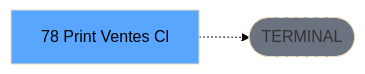
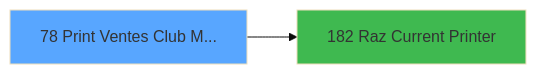
One commit to thonyAGP/magic-migration changed the third of 3 diagrams in .openspec/specs/ADH-IDE-78.md. Above: the diagram before and after it, drawn with Mermaid (base theme). The commit also changed other lines of this file and 253 other files, not shown here.

````diff
--- a/.openspec/specs/ADH-IDE-78.md
+++ b/.openspec/specs/ADH-IDE-78.md
@@ -137,8 +478,8 @@
 ```mermaid
 graph LR
-    T[78 Print Ventes Cl]
-    TERM([TERMINAL])
-    T -.-> TERM
-    style TERM fill:#6b7280,stroke-dasharray: 5 5
-    style T fill:#58a6ff,color:#000
+    T78[78 Print Ventes Club M...]
+    style T78 fill:#58a6ff
+    C182[182 Raz Current Printer]
+    T78 --> C182
+    style C182 fill:#3fb950
 ```
````
